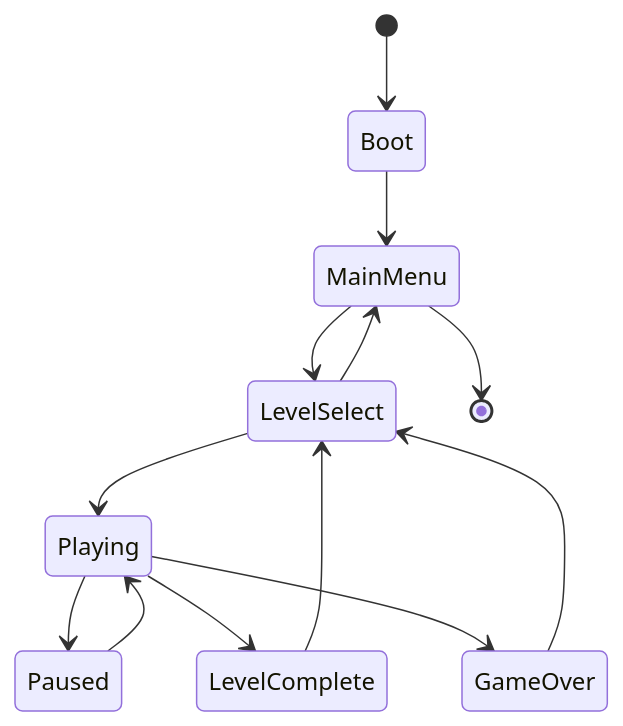
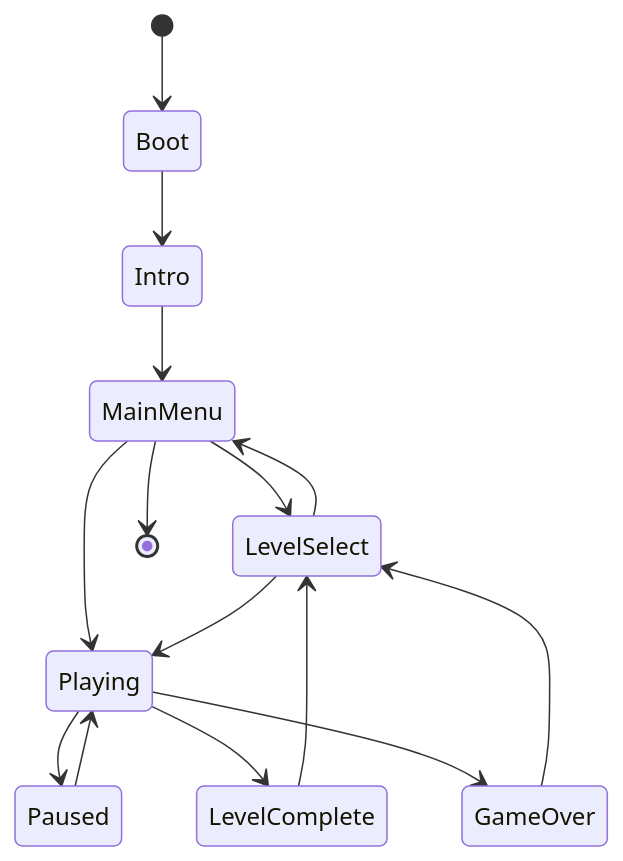
The diagram in docs/architecture-design/09-ui-and-states.md (digit1024/digitalrobbo), drawn with Mermaid before and after one commit. The commit also changed other lines of this file and 84 other files, not shown here.

````diff
--- a/docs/architecture-design/09-ui-and-states.md
+++ b/docs/architecture-design/09-ui-and-states.md
@@ -8,15 +8,17 @@
 ```mermaid
 stateDiagram-v2
     [*] --> Boot
-    Boot --> MainMenu
+    Boot --> Intro
+    Intro --> MainMenu
     MainMenu --> LevelSelect
+    MainMenu --> Playing
     LevelSelect --> Playing
     Playing --> Paused
     Paused --> Playing
     Playing --> LevelComplete
     Playing --> GameOver
     LevelComplete --> LevelSelect
     GameOver --> LevelSelect
     LevelSelect --> MainMenu
     MainMenu --> [*]
 ```
````
